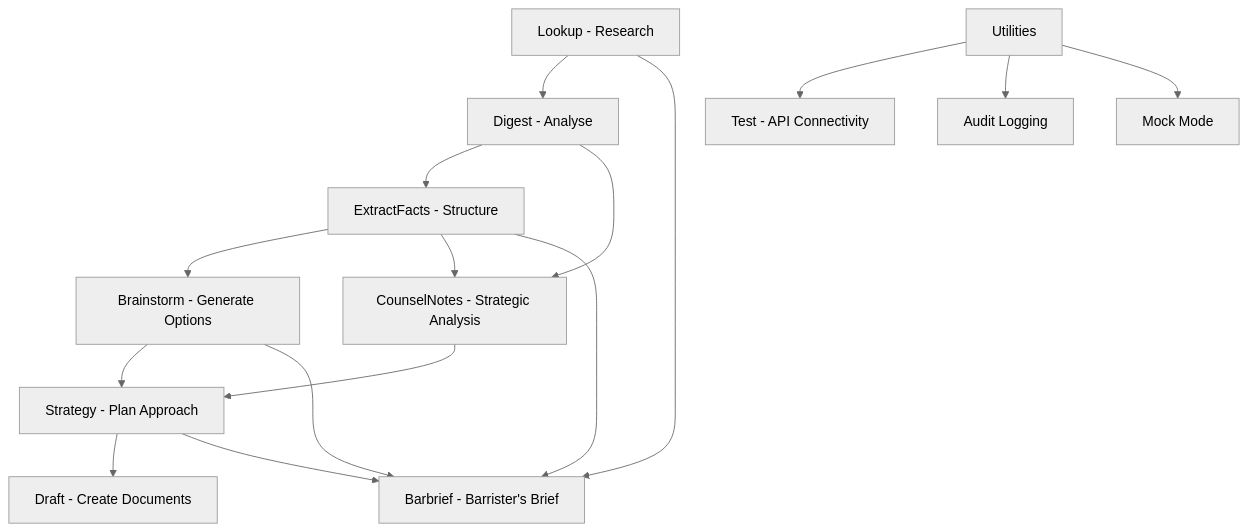
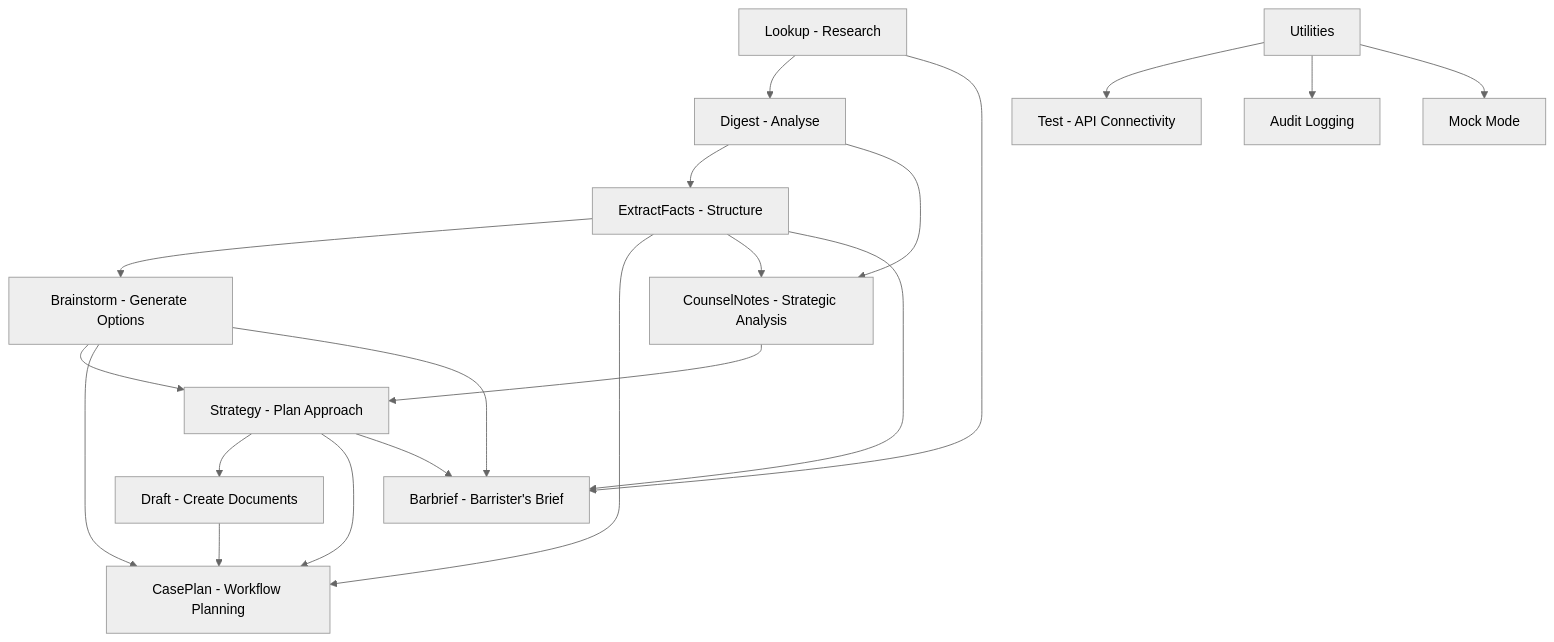
One commit to agelastic/litassist-priv changed the diagram in README.md. Above: the diagram before and after it, drawn with Mermaid (neutral theme). The commit also changed other lines of this file and 6 other files, not shown here.

First line of the commit message:
Update docs for workflow planning using new command caseplan

````diff
--- a/README.md
+++ b/README.md
@@ -5,21 +5,26 @@
 ```mermaid
 graph TD
     A["Lookup - Research"] --> B["Digest - Analyse"]
     B --> C["ExtractFacts - Structure"]
     C --> D["Brainstorm - Generate Options"]
     D --> E["Strategy - Plan Approach"]
     E --> F["Draft - Create Documents"]
-    
+
+    F --> M["CasePlan - Workflow Planning"]
+    C --> M
+    D --> M
+    E --> M
+
     B --> K["CounselNotes - Strategic Analysis"]
     C --> K
     K --> E
-    
+
     C --> L["Barbrief - Barrister's Brief"]
     D --> L
     E --> L
     A --> L
-    
+
     G[Utilities] --> H["Test - API Connectivity"]
     G --> I["Audit Logging"]
     G --> J["Mock Mode"]
 ```
````
